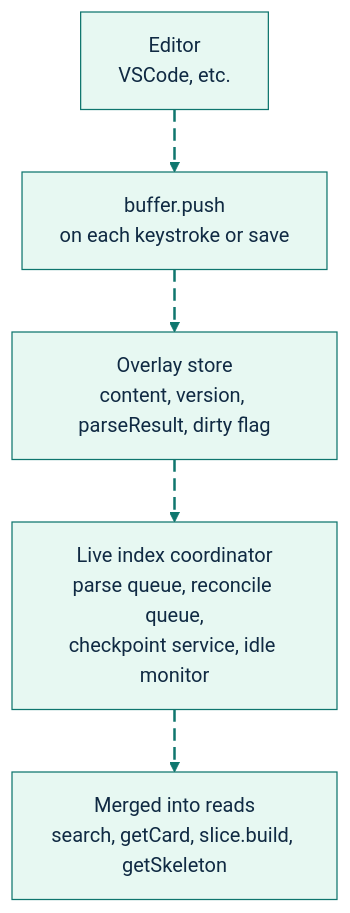
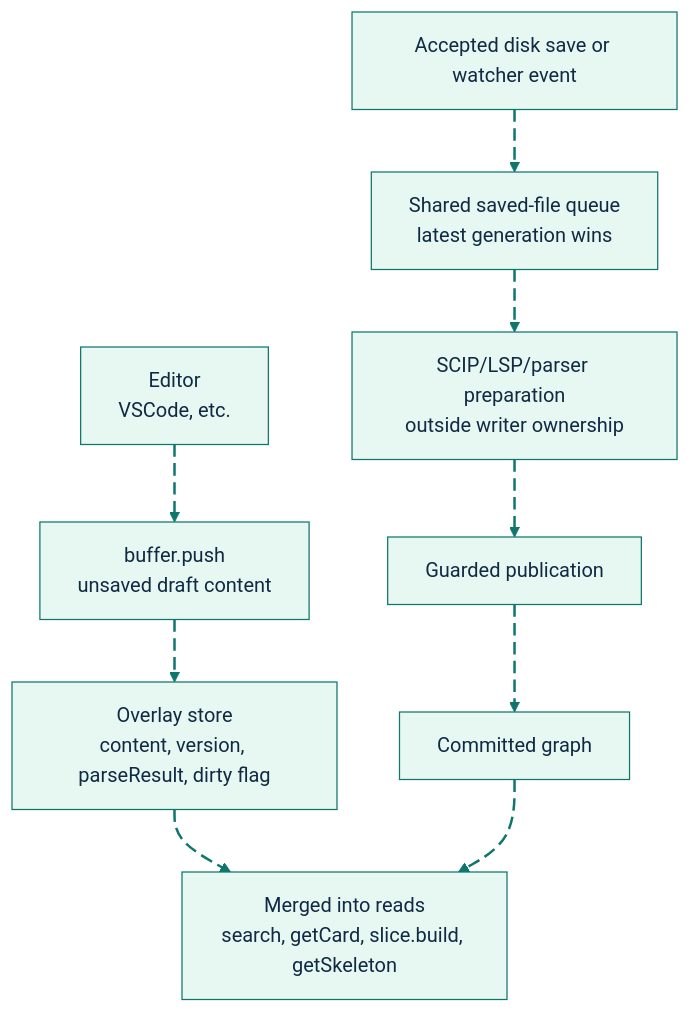
Before and after one commit to GlitterKill/sdl-mcp: diagram 11 of 15 in docs/architecture.md, drawn with Mermaid. The commit also changed other lines of this file and 45 other files, not shown here.

Commit message:
Route saved files and watchers through targeted background reconciliation

````diff
--- a/docs/architecture.md
+++ b/docs/architecture.md
@@ -563,17 +573,23 @@
 ```mermaid
 %%{init: {"theme":"base","themeVariables":{"background":"#ffffff","primaryColor":"#E7F8F2","primaryBorderColor":"#0F766E","primaryTextColor":"#102A43","secondaryColor":"#E8F1FF","secondaryBorderColor":"#2563EB","secondaryTextColor":"#102A43","tertiaryColor":"#FFF4D6","tertiaryBorderColor":"#B45309","tertiaryTextColor":"#102A43","lineColor":"#0F766E","textColor":"#102A43","fontFamily":"Inter, ui-sans-serif, system-ui, -apple-system, BlinkMacSystemFont, Segoe UI, sans-serif"},"flowchart":{"curve":"basis","htmlLabels":true}}}%%
 flowchart TD
-    Editor["Editor<br/>VSCode, etc."] e1@--> Push["buffer.push<br/>on each keystroke or save"]
+    accTitle: Draft overlays and targeted saved-file reconciliation
+    accDescr: Unsaved drafts affect only the overlay. Accepted disk saves or watcher events queue current file work, prepare facts outside the writer, and publish the committed graph through a short guarded transaction.
+    Editor["Editor<br/>VSCode, etc."] e1@--> Push["buffer.push<br/>unsaved draft content"]
     Push e2@--> Overlay["Overlay store<br/>content, version, parseResult, dirty flag"]
-    Overlay e3@--> Coordinator["Live index coordinator<br/>parse queue, reconcile queue,<br/>checkpoint service, idle monitor"]
-    Coordinator e4@--> Reads["Merged into reads<br/>search, getCard, slice.build, getSkeleton"]
+    Overlay e3@--> Reads["Merged into reads<br/>search, getCard, slice.build, getSkeleton"]
+    Save["Accepted disk save or watcher event"] e4@--> Queue["Shared saved-file queue<br/>latest generation wins"]
+    Queue e5@--> Prepare["SCIP/LSP/parser preparation<br/>outside writer ownership"]
+    Prepare e6@--> Publish["Guarded publication"]
+    Publish e7@--> DB["Committed graph"]
+    DB e8@--> Reads
 
     classDef source fill:#E7F8F2,stroke:#0F766E,stroke-width:2px,color:#102A43;
     classDef process fill:#E8F1FF,stroke:#2563EB,stroke-width:2px,color:#102A43;
     classDef decision fill:#FFF4D6,stroke:#B45309,stroke-width:2px,color:#102A43;
     classDef storage fill:#F2E8FF,stroke:#7C3AED,stroke-width:2px,color:#102A43;
     classDef output fill:#FFE8EF,stroke:#BE123C,stroke-width:2px,color:#102A43;
     classDef muted fill:#F8FAFC,stroke:#64748B,stroke-width:1px,color:#102A43;
     classDef animate stroke:#0F766E,stroke-width:2px,stroke-dasharray:10\,5,stroke-dashoffset:900,animation:dash 22s linear infinite;
-    class e1,e2,e3,e4 animate;
+    class e1,e2,e3,e4,e5,e6,e7,e8 animate;
 ```
````
